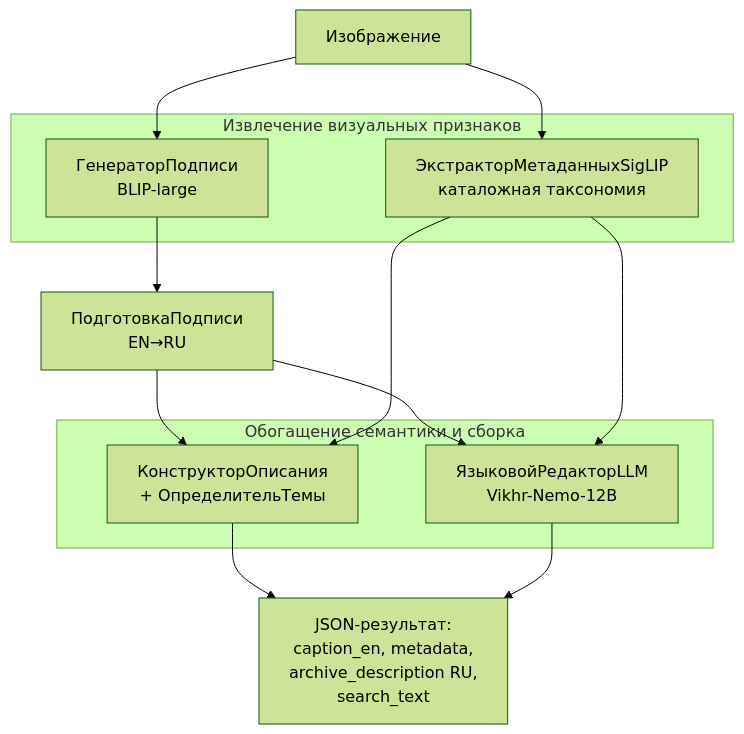
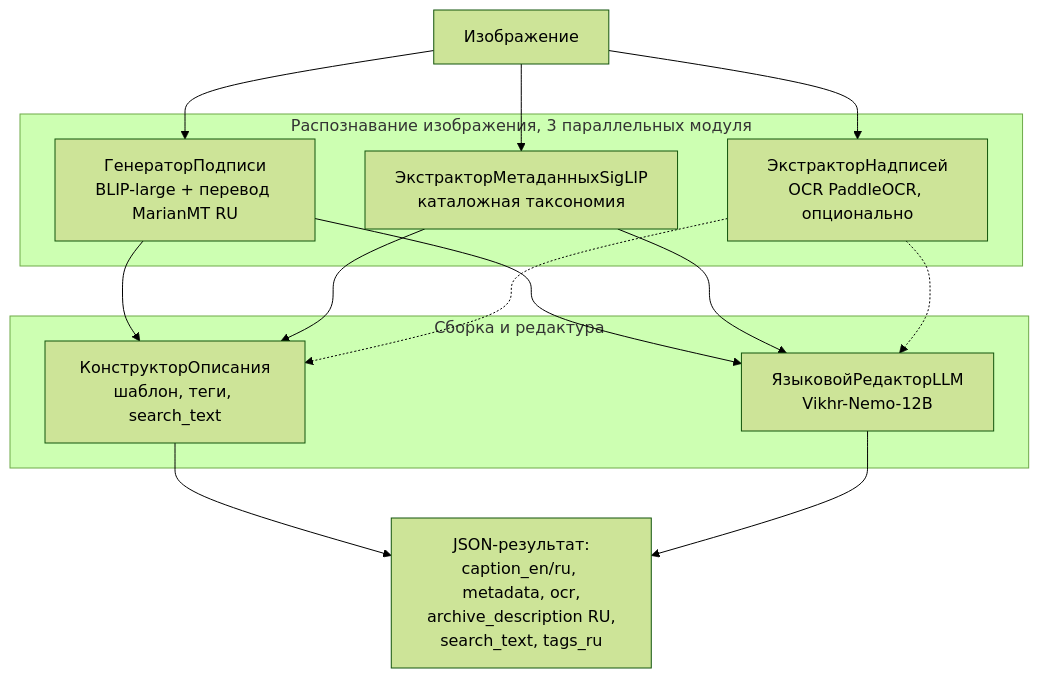
One commit to azat-khatyn/tsu-image-description changed the diagram in README.md. Above: the diagram before and after it, drawn with Mermaid (forest theme). The commit also changed other lines of this file and 28 other files, not shown here.

````diff
--- a/README.md
+++ b/README.md
@@ -31,27 +30,31 @@
 ```mermaid
 flowchart TD
     IMG[Изображение]
 
-    subgraph CV [Извлечение визуальных признаков]
-        BLIP[ГенераторПодписи<br/>BLIP-large]
+    subgraph REC [Распознавание изображения, 3 параллельных модуля]
+        BLIP[ГенераторПодписи<br/>BLIP-large + перевод MarianMT RU]
         SigLIP[ЭкстракторМетаданныхSigLIP<br/>каталожная таксономия]
+        OCR[ЭкстракторНадписей<br/>OCR PaddleOCR, опционально]
     end
 
-    POSTCAP[ПодготовкаПодписи<br/>EN→RU]
-
-    subgraph SEM [Обогащение семантики и сборка]
-        BUILD[КонструкторОписания<br/>+ ОпределительТемы]
+    subgraph SEM [Сборка и редактура]
+        BUILD[КонструкторОписания<br/>шаблон, теги, search_text]
         LLM[ЯзыковойРедакторLLM<br/>Vikhr-Nemo-12B]
     end
 
-    OUT[JSON-результат:<br/>caption_en, metadata,<br/>archive_description RU,<br/>search_text]
+    OUT[JSON-результат:<br/>caption_en/ru, metadata, ocr,<br/>archive_description RU,<br/>search_text, tags_ru]
 
-    IMG --> BLIP --> POSTCAP
+    IMG --> BLIP
     IMG --> SigLIP
-    POSTCAP --> BUILD
-    POSTCAP --> LLM
+    IMG --> OCR
+
+    BLIP --> BUILD
     SigLIP --> BUILD
+    OCR -.-> BUILD
+    BLIP --> LLM
     SigLIP --> LLM
+    OCR -.-> LLM
+
     BUILD --> OUT
     LLM --> OUT
 ```
````
